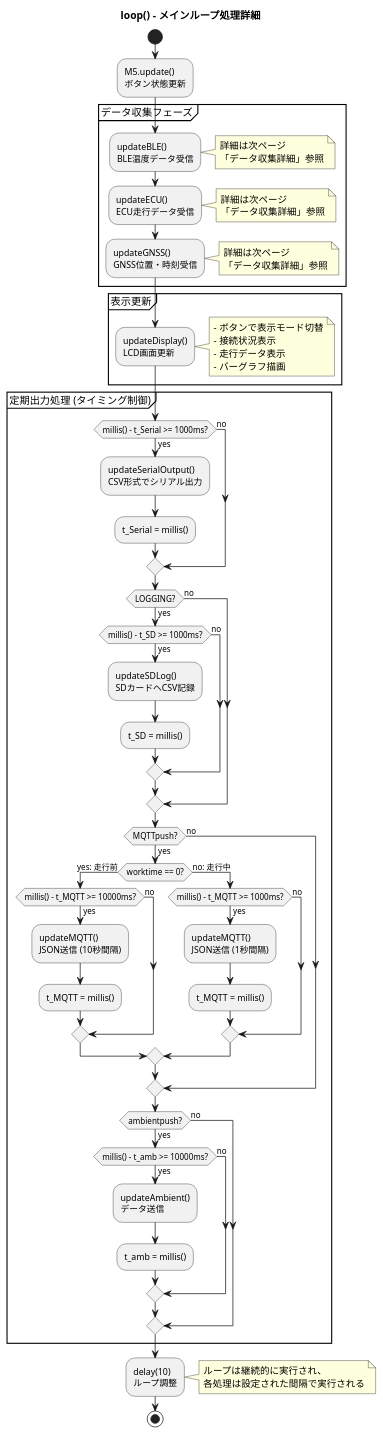
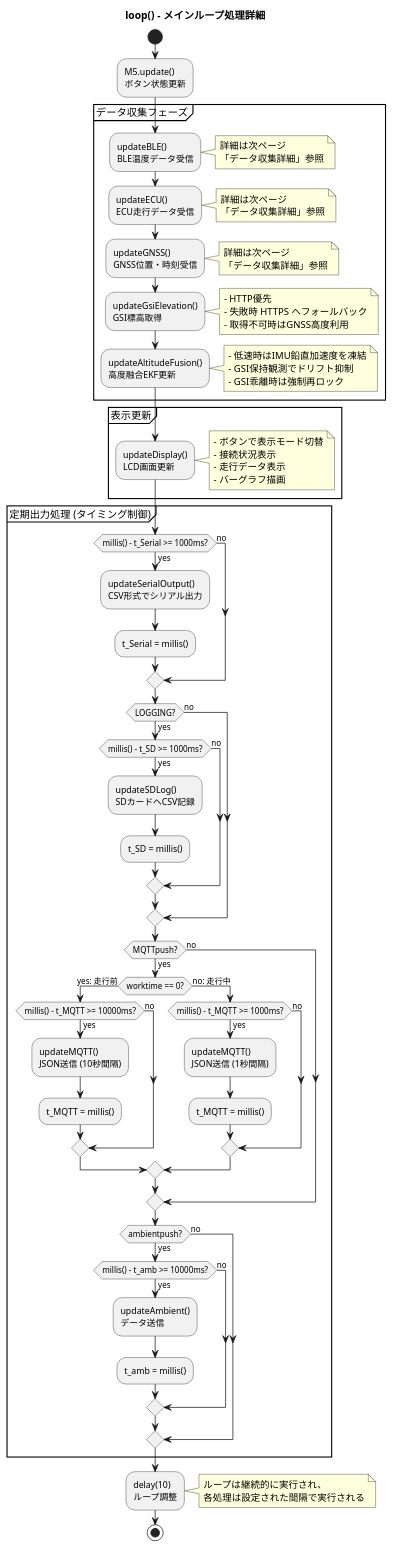
The third of 8 diagrams in docs/flowchart.puml (todateman/Chibi-T_Furoshiki_Logger), drawn with PlantUML before and after one commit. The commit also changed other lines of this file and 19 other files, not shown here.

```diff
--- a/docs/flowchart.puml
+++ b/docs/flowchart.puml
@@ -315,101 +341,117 @@
 @startuml loop詳細フロー
 title loop() - メインループ処理詳細
 
 start
 
 :M5.update()
 ボタン状態更新;
 
 partition "データ収集フェーズ" {
     :updateBLE()
     BLE温度データ受信;
     note right
         詳細は次ページ
         「データ収集詳細」参照
     end note
     
     :updateECU()
     ECU走行データ受信;
     note right
         詳細は次ページ
         「データ収集詳細」参照
     end note
     
     :updateGNSS()
     GNSS位置・時刻受信;
     note right
         詳細は次ページ
         「データ収集詳細」参照
+    end note
+
+    :updateGsiElevation()
+    GSI標高取得;
+    note right
+        - HTTP優先
+        - 失敗時 HTTPS へフォールバック
+        - 取得不可時はGNSS高度利用
+    end note
+
+    :updateAltitudeFusion()
+    高度融合EKF更新;
+    note right
+        - 低速時はIMU鉛直加速度を凍結
+        - GSI保持観測でドリフト抑制
+        - GSI乖離時は強制再ロック
     end note
 }
 
 partition "表示更新" {
     :updateDisplay()
     LCD画面更新;
     note right
         - ボタンで表示モード切替
         - 接続状況表示
         - 走行データ表示
         - バーグラフ描画
     end note
 }
 
 partition "定期出力処理 (タイミング制御)" {
     if (millis() - t_Serial >= 1000ms?) then (yes)
         :updateSerialOutput()
         CSV形式でシリアル出力;
         :t_Serial = millis();
     else (no)
     endif
     
     if (LOGGING?) then (yes)
         if (millis() - t_SD >= 1000ms?) then (yes)
             :updateSDLog()
             SDカードへCSV記録;
             :t_SD = millis();
         else (no)
         endif
     else (no)
     endif
     
     if (MQTTpush?) then (yes)
         if (worktime == 0?) then (yes: 走行前)
             if (millis() - t_MQTT >= 10000ms?) then (yes)
                 :updateMQTT()
                 JSON送信 (10秒間隔);
                 :t_MQTT = millis();
             else (no)
             endif
         else (no: 走行中)
             if (millis() - t_MQTT >= 1000ms?) then (yes)
                 :updateMQTT()
                 JSON送信 (1秒間隔);
                 :t_MQTT = millis();
             else (no)
             endif
         endif
     else (no)
     endif
     
     if (ambientpush?) then (yes)
         if (millis() - t_amb >= 10000ms?) then (yes)
             :updateAmbient()
             データ送信;
             :t_amb = millis();
         else (no)
         endif
     else (no)
     endif
 }
 
 :delay(10)
 ループ調整;
 
 note right
     ループは継続的に実行され、
     各処理は設定された間隔で実行される
 end note
 
 stop
 
 @enduml
```
